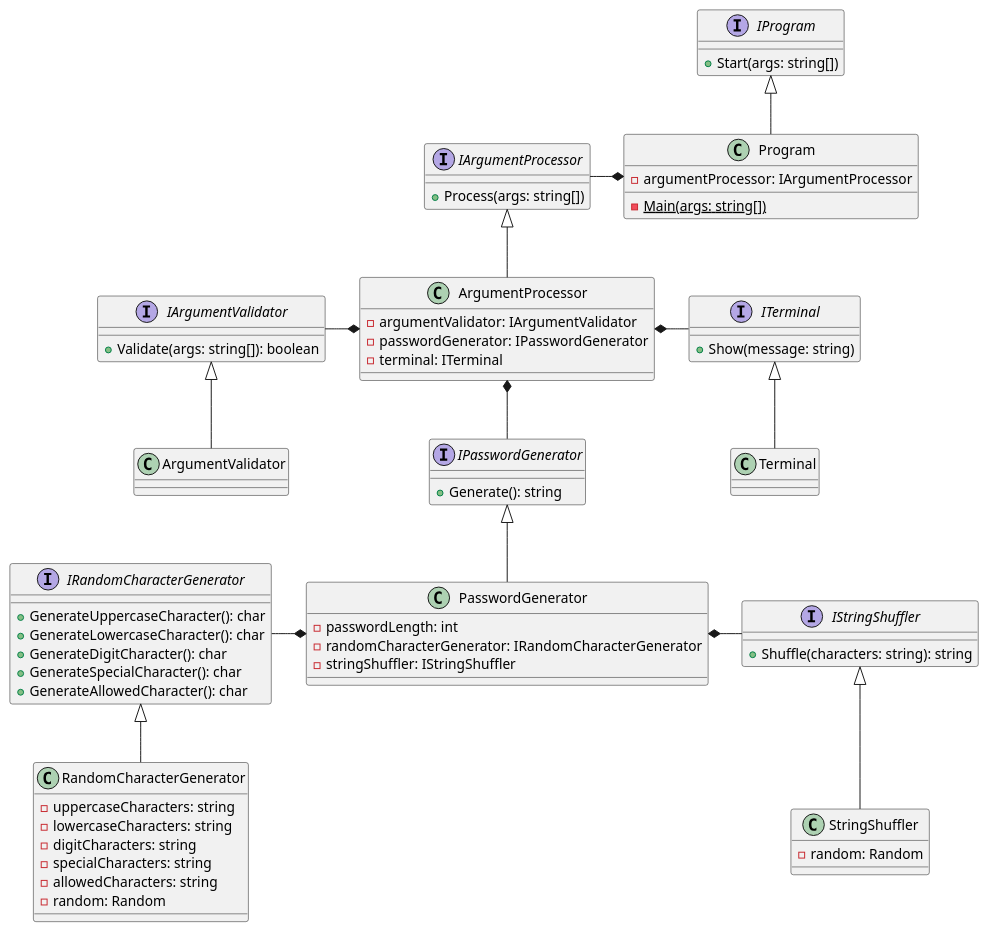
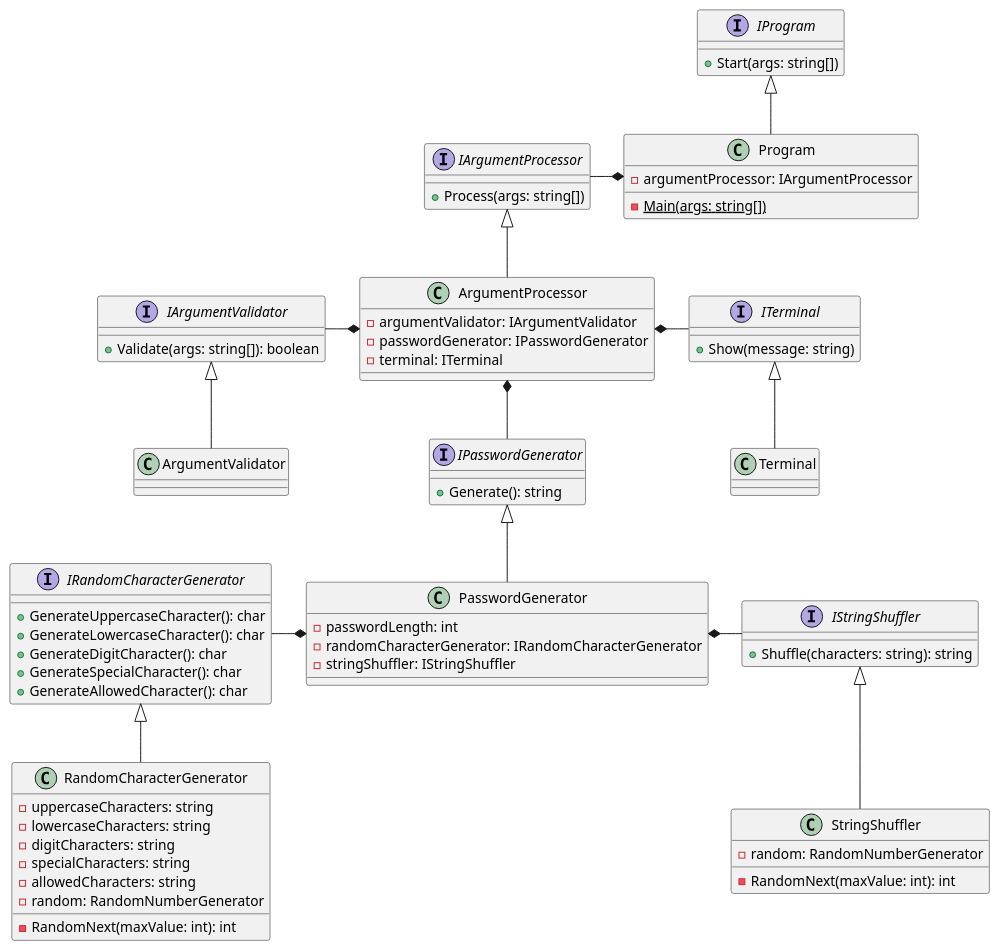
The diagram in diagrams/Class.puml (djvelimir/demo-dotnet-cli), drawn with PlantUML before and after one commit. The commit also changed 2 other files, not shown here.

Commit message:
fix(security): use reusable cryptographically secure random number generator

```diff
--- a/diagrams/Class.puml
+++ b/diagrams/Class.puml
@@ -1,86 +1,88 @@
 @startuml Class
 interface IProgram {
     + Start(args: string[])
 }
 
 class Program {
     - argumentProcessor: IArgumentProcessor
     - {static} Main(args: string[])
 }
 
 interface IArgumentValidator {
     + Validate(args: string[]): boolean
 }
 
 class ArgumentValidator {
 }
 
 interface IArgumentProcessor {
     + Process(args: string[])
 }
 
 class ArgumentProcessor {
     - argumentValidator: IArgumentValidator
     - passwordGenerator: IPasswordGenerator
     - terminal: ITerminal
 }
 
 interface ITerminal {
     + Show(message: string)
 }
 
 class Terminal {
 }
 
 interface IPasswordGenerator {
     + Generate(): string
 }
 
 class PasswordGenerator {
     - passwordLength: int
     - randomCharacterGenerator: IRandomCharacterGenerator
     - stringShuffler: IStringShuffler
 }
 
 interface IRandomCharacterGenerator {
     + GenerateUppercaseCharacter(): char
     + GenerateLowercaseCharacter(): char
     + GenerateDigitCharacter(): char
     + GenerateSpecialCharacter(): char
     + GenerateAllowedCharacter(): char
 }
 
 class RandomCharacterGenerator {
     - uppercaseCharacters: string
     - lowercaseCharacters: string
     - digitCharacters: string
     - specialCharacters: string
     - allowedCharacters: string
-    - random: Random
+    - random: RandomNumberGenerator
+    - RandomNext(maxValue: int): int
 }
 
 interface IStringShuffler {
     + Shuffle(characters: string): string
 }
 
 class StringShuffler {
-    - random: Random
+    - random: RandomNumberGenerator
+    - RandomNext(maxValue: int): int
 }
 
 IArgumentValidator <|-- ArgumentValidator
 IArgumentProcessor <|-- ArgumentProcessor
 ITerminal <|-- Terminal
 IPasswordGenerator <|-- PasswordGenerator
 IProgram <|-- Program
 IRandomCharacterGenerator <|-- RandomCharacterGenerator
 IStringShuffler <|-- StringShuffler
 
 Program *--l IArgumentProcessor
 
 ArgumentProcessor *--l IArgumentValidator
 ArgumentProcessor *--d IPasswordGenerator
 ArgumentProcessor *--r ITerminal
 
 PasswordGenerator *--l IRandomCharacterGenerator
 PasswordGenerator *--r IStringShuffler
 @enduml
```
